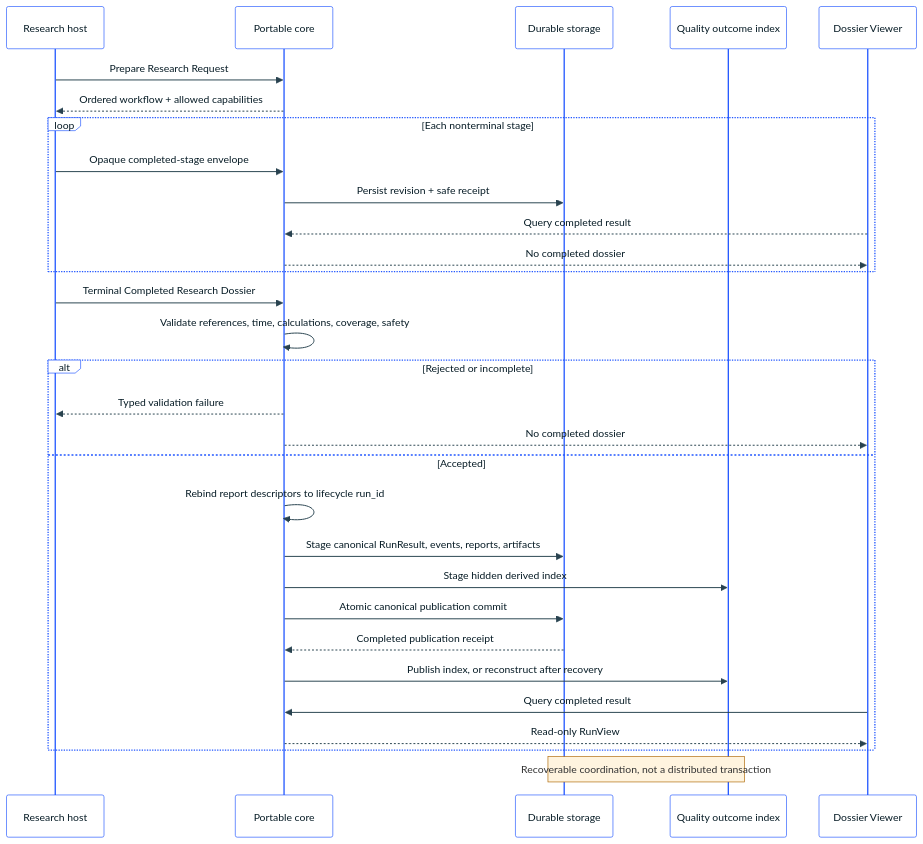
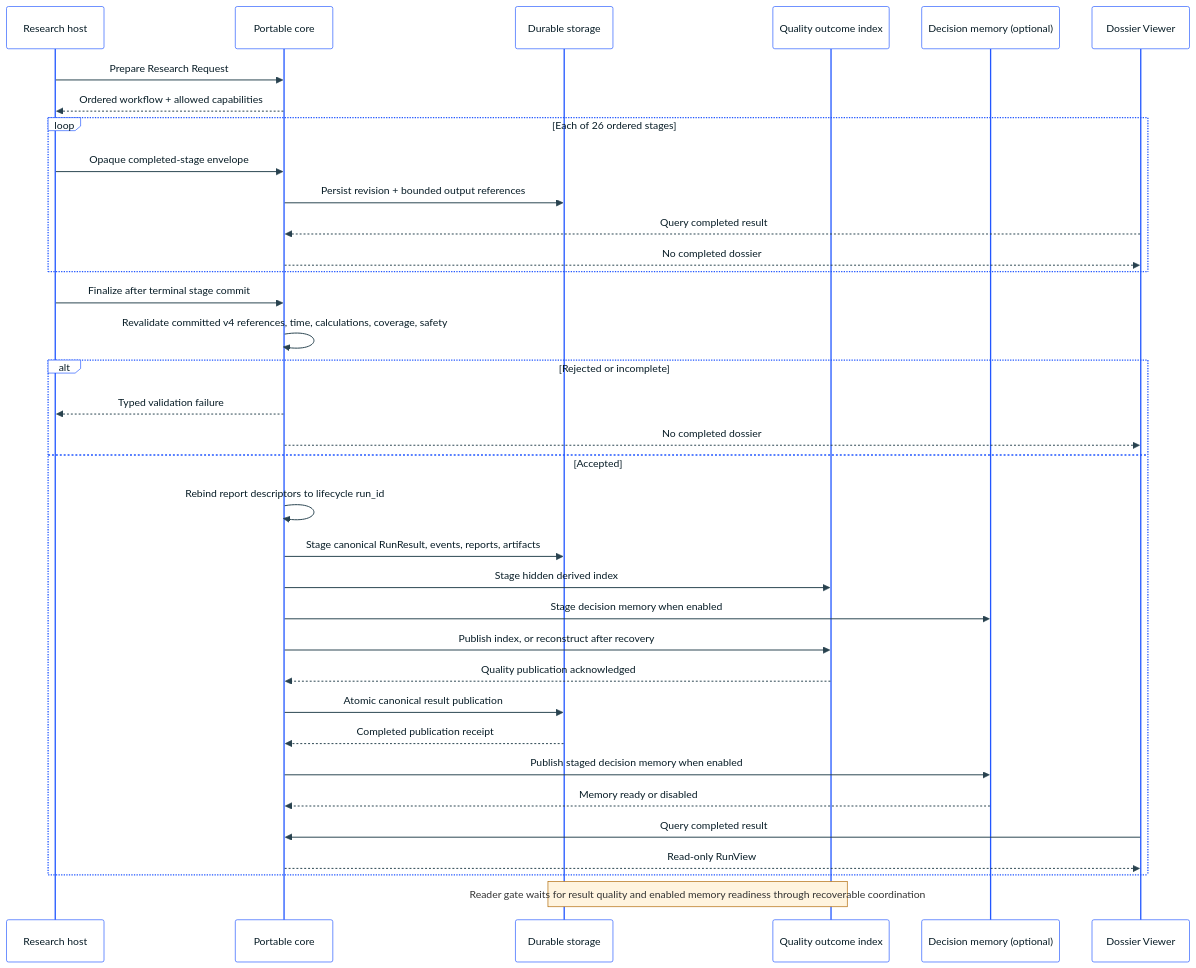
Before and after one commit to harshitagarwal2/StockResearchAgents: the diagram in docs/diagrams/completed-publication.mmd, drawn with Mermaid. The commit also changed 30 other files, not shown here.

Commit message:
docs: improve architecture diagrams for GitHub

```diff
--- a/docs/diagrams/completed-publication.mmd
+++ b/docs/diagrams/completed-publication.mmd
@@ -1,36 +1,41 @@
-%%{init: {"theme":"base","themeVariables":{"fontFamily":"Avenir Next, Segoe UI, sans-serif","primaryColor":"#eef3ff","primaryTextColor":"#071c26","primaryBorderColor":"#2257ff","lineColor":"#516a75","secondaryColor":"#e5f7f5","tertiaryColor":"#fff4df","background":"#f5f8f9","actorBkg":"#ffffff","actorBorder":"#2257ff","actorTextColor":"#071c26","signalColor":"#28424f","signalTextColor":"#071c26","noteBkgColor":"#fff4df","noteBorderColor":"#ad6500"}}}%%
+%%{init: {"theme":"base","fontFamily":"Avenir Next, Segoe UI, sans-serif","themeVariables":{"fontFamily":"Avenir Next, Segoe UI, sans-serif","primaryColor":"#eef3ff","primaryTextColor":"#071c26","primaryBorderColor":"#2257ff","lineColor":"#516a75","secondaryColor":"#e5f7f5","tertiaryColor":"#fff4df","background":"#f5f8f9","actorBkg":"#ffffff","actorBorder":"#2257ff","actorTextColor":"#071c26","signalColor":"#28424f","signalTextColor":"#071c26","noteBkgColor":"#fff4df","noteBorderColor":"#ad6500"}}}%%
 sequenceDiagram
   accTitle: Completed-only publication sequence
-  accDescr: A host commits one ordered stage at a time. StockResearchAgents validates v4, atomically publishes authoritative RunResult artifacts, then publishes a recoverable quality index. The viewer remains empty until canonical completion.
+  accDescr: A host commits all 26 ordered stages, including the terminal v4 payload, before explicit finalization. StockResearchAgents stages authoritative RunResult artifacts, the recoverable quality index, and optional decision memory; it publishes quality before the canonical result and completes enabled memory publication before readers open. The viewer remains empty until every required publication is ready.
 
   participant H as Research host
   participant P as Portable core
   participant S as Durable storage
   participant Q as Quality outcome index
+  participant M as Decision memory (optional)
   participant V as Dossier Viewer
 
   H->>P: Prepare Research Request
   P-->>H: Ordered workflow + allowed capabilities
-  loop Each nonterminal stage
+  loop Each of 26 ordered stages
     H->>P: Opaque completed-stage envelope
-    P->>S: Persist revision + safe receipt
+    P->>S: Persist revision + bounded output references
     V-->>P: Query completed result
     P-->>V: No completed dossier
   end
-  H->>P: Terminal Completed Research Dossier
-  P->>P: Validate references, time, calculations, coverage, safety
+  H->>P: Finalize after terminal stage commit
+  P->>P: Revalidate committed v4 references, time, calculations, coverage, safety
   alt Rejected or incomplete
     P-->>H: Typed validation failure
     P-->>V: No completed dossier
   else Accepted
     P->>P: Rebind report descriptors to lifecycle run_id
     P->>S: Stage canonical RunResult, events, reports, artifacts
     P->>Q: Stage hidden derived index
-    P->>S: Atomic canonical publication commit
+    P->>M: Stage decision memory when enabled
+    P->>Q: Publish index, or reconstruct after recovery
+    Q-->>P: Quality publication acknowledged
+    P->>S: Atomic canonical result publication
     S-->>P: Completed publication receipt
-    P->>Q: Publish index, or reconstruct after recovery
+    P->>M: Publish staged decision memory when enabled
+    M-->>P: Memory ready or disabled
     V->>P: Query completed result
     P-->>V: Read-only RunView
   end
 
-  Note over S,Q: Recoverable coordination, not a distributed transaction
+  Note over S,Q: Reader gate waits for result quality and enabled memory readiness through recoverable coordination
```
